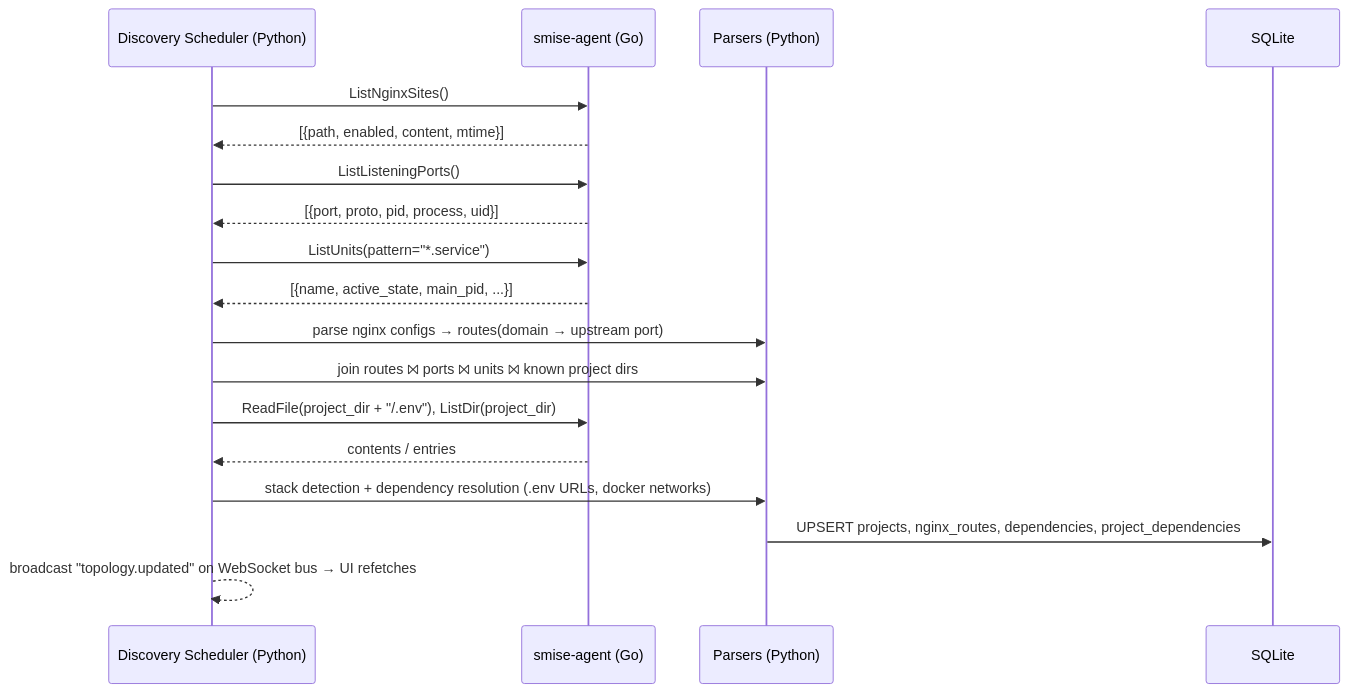
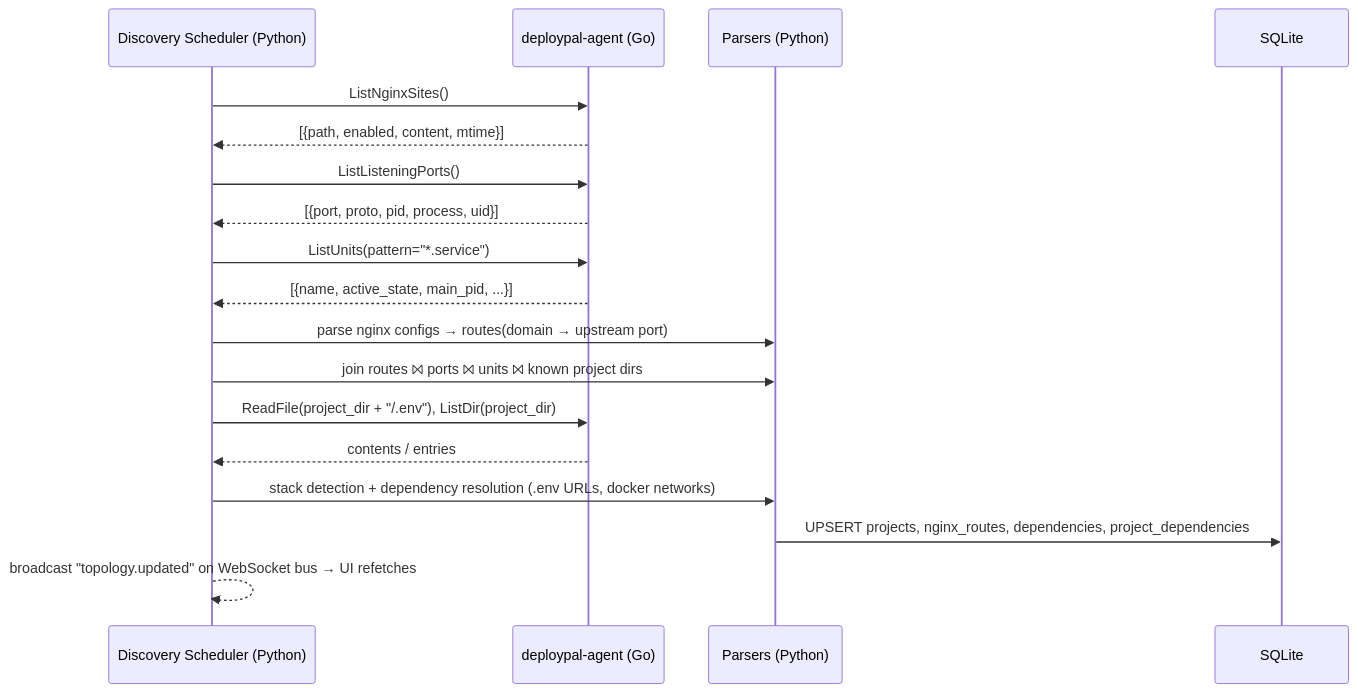
One commit to alikhd1/DeployPal changed the second of 3 diagrams in docs/ARCHITECTURE.md. Above: the diagram before and after it, drawn with Mermaid. The commit also changed other lines of this file and 25 other files, not shown here.

First line of the commit message:
Rename smise to deploypal everywhere

````diff
--- a/docs/ARCHITECTURE.md
+++ b/docs/ARCHITECTURE.md
@@ -77,21 +77,21 @@
 ```mermaid
 sequenceDiagram
     participant S as Discovery Scheduler (Python)
-    participant A as smise-agent (Go)
+    participant A as deploypal-agent (Go)
     participant P as Parsers (Python)
     participant D as SQLite
 
     S->>A: ListNginxSites()
     A-->>S: [{path, enabled, content, mtime}]
     S->>A: ListListeningPorts()
     A-->>S: [{port, proto, pid, process, uid}]
     S->>A: ListUnits(pattern="*.service")
     A-->>S: [{name, active_state, main_pid, ...}]
     S->>P: parse nginx configs → routes(domain → upstream port)
     S->>P: join routes ⨝ ports ⨝ units ⨝ known project dirs
     S->>A: ReadFile(project_dir + "/.env"), ListDir(project_dir)
     A-->>S: contents / entries
     S->>P: stack detection + dependency resolution (.env URLs, docker networks)
     P->>D: UPSERT projects, nginx_routes, dependencies, project_dependencies
     S-->>S: broadcast "topology.updated" on WebSocket bus → UI refetches
 ```
````
